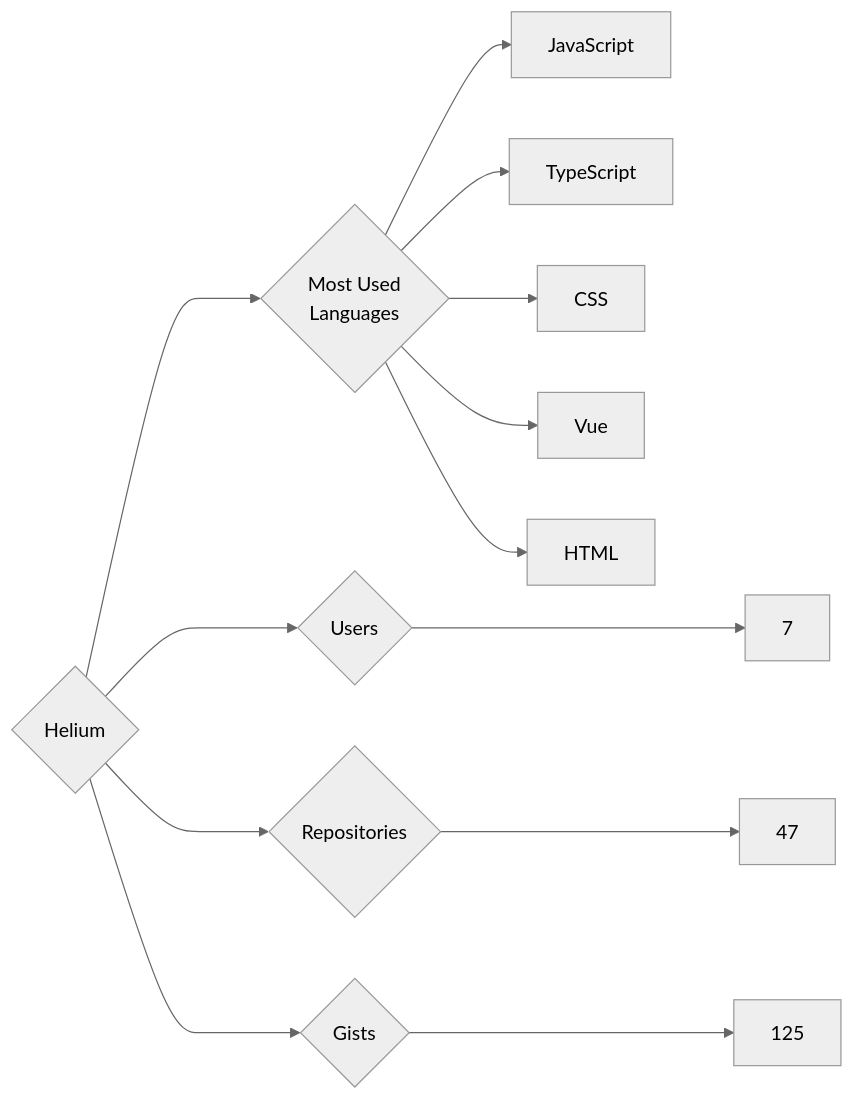
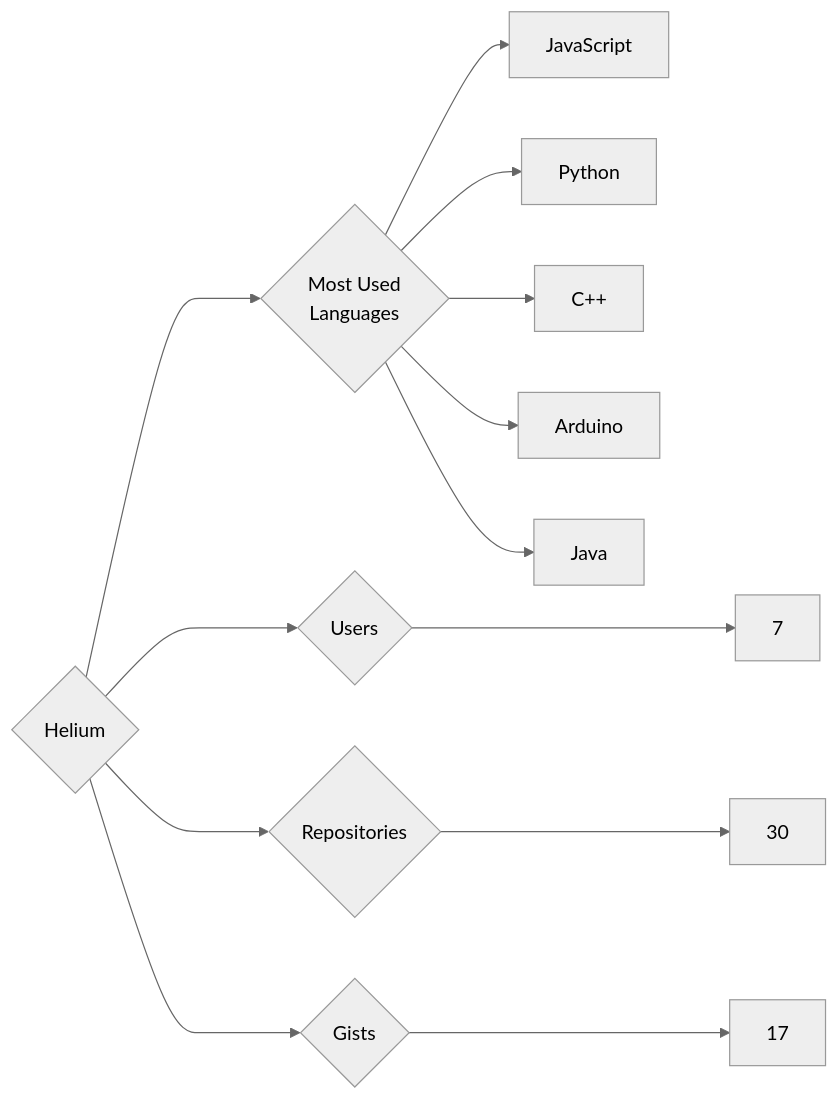
One commit to trickest/insiders changed the diagram in targets/Helium/README.md. Above: the diagram before and after it, drawn with Mermaid (neutral theme). The commit also changed 993 other files, not shown here.

````diff
--- a/targets/Helium/README.md
+++ b/targets/Helium/README.md
@@ -3,13 +3,13 @@
 ```mermaid
 graph LR
 COMPANY_NAME{Helium}
 COMPANY_NAME ---> U{Users} ---> UN[7]
-COMPANY_NAME ---> R{Repositories} ---> RN[47]
-COMPANY_NAME ---> G{Gists} ---> GN[125]
+COMPANY_NAME ---> R{Repositories} ---> RN[30]
+COMPANY_NAME ---> G{Gists} ---> GN[17]
 COMPANY_NAME ---> ML{Most Used<br>Languages}
 ML --> JavaScript[JavaScript]
-ML --> TypeScript[TypeScript]
-ML --> CSS[CSS]
-ML --> Vue[Vue]
-ML --> HTML[HTML]
+ML --> Python[Python]
+ML --> C++[C++]
+ML --> Arduino[Arduino]
+ML --> Java[Java]
 ```
````
